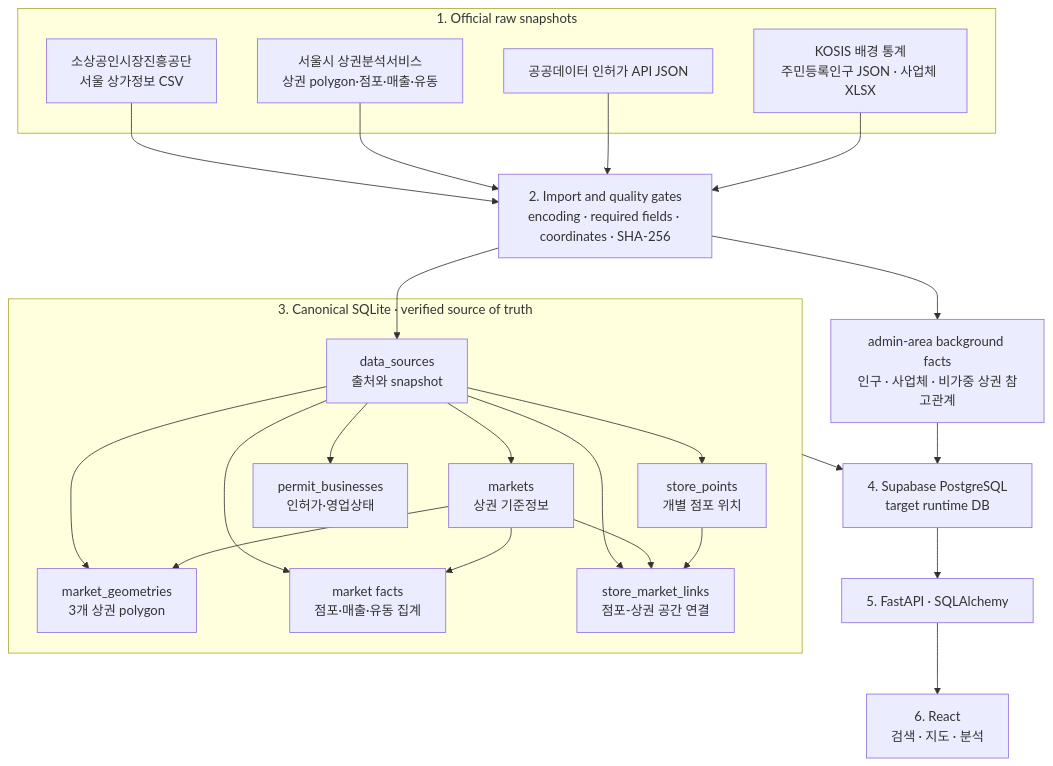
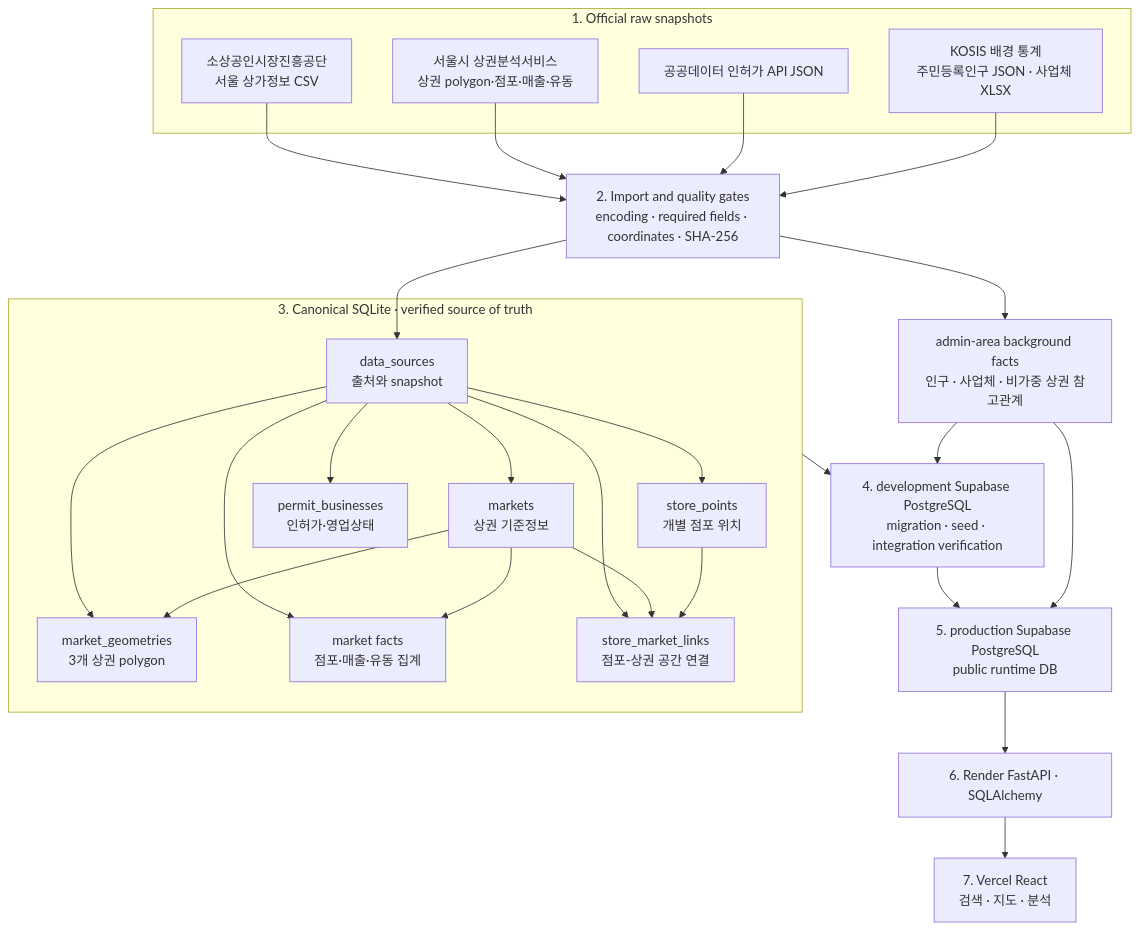
The first of 5 diagrams in docs/data/database-structure.md (Mureung1/hub-showcase), drawn with Mermaid before and after one commit. The commit also changed other lines of this file and 1 other file, not shown here.

First line of the commit message:
docs(architecture): reflect public runtime data flow

````diff
--- a/docs/data/database-structure.md
+++ b/docs/data/database-structure.md
@@ -13,47 +13,49 @@
 ```mermaid
 flowchart TB
     subgraph RAW["1. Official raw snapshots"]
         SBDC["소상공인시장진흥공단<br/>서울 상가정보 CSV"]
         SEOUL["서울시 상권분석서비스<br/>상권 polygon·점포·매출·유동"]
         PERMIT["공공데이터 인허가 API JSON"]
         KOSIS["KOSIS 배경 통계<br/>주민등록인구 JSON · 사업체 XLSX"]
     end
 
     IMPORT["2. Import and quality gates<br/>encoding · required fields · coordinates · SHA-256"]
 
     subgraph CANONICAL["3. Canonical SQLite · verified source of truth"]
         DS["data_sources<br/>출처와 snapshot"]
         M["markets<br/>상권 기준정보"]
         GEOMETRY["market_geometries<br/>3개 상권 polygon"]
         FACTS["market facts<br/>점포·매출·유동 집계"]
         POINTS["store_points<br/>개별 점포 위치"]
         LINKS["store_market_links<br/>점포-상권 공간 연결"]
         LICENSE["permit_businesses<br/>인허가·영업상태"]
     end
 
-    PG["4. Supabase PostgreSQL<br/>target runtime DB"]
+    DEVPG["4. development Supabase PostgreSQL<br/>migration · seed · integration verification"]
+    PG["5. production Supabase PostgreSQL<br/>public runtime DB"]
     BACKGROUND["admin-area background facts<br/>인구 · 사업체 · 비가중 상권 참고관계"]
-    API["5. FastAPI · SQLAlchemy"]
-    WEB["6. React<br/>검색 · 지도 · 분석"]
+    API["6. Render FastAPI · SQLAlchemy"]
+    WEB["7. Vercel React<br/>검색 · 지도 · 분석"]
 
     SBDC --> IMPORT
     SEOUL --> IMPORT
     PERMIT --> IMPORT
     KOSIS --> IMPORT
     IMPORT --> DS
     DS --> M
     DS --> GEOMETRY
     DS --> FACTS
     DS --> POINTS
     DS --> LINKS
     DS --> LICENSE
     M --> FACTS
     M --> GEOMETRY
     M --> LINKS
     POINTS --> LINKS
-    CANONICAL --> PG
+    CANONICAL --> DEVPG --> PG
     IMPORT --> BACKGROUND
+    BACKGROUND --> DEVPG
     BACKGROUND --> PG
     PG --> API
     API --> WEB
 ```
````
